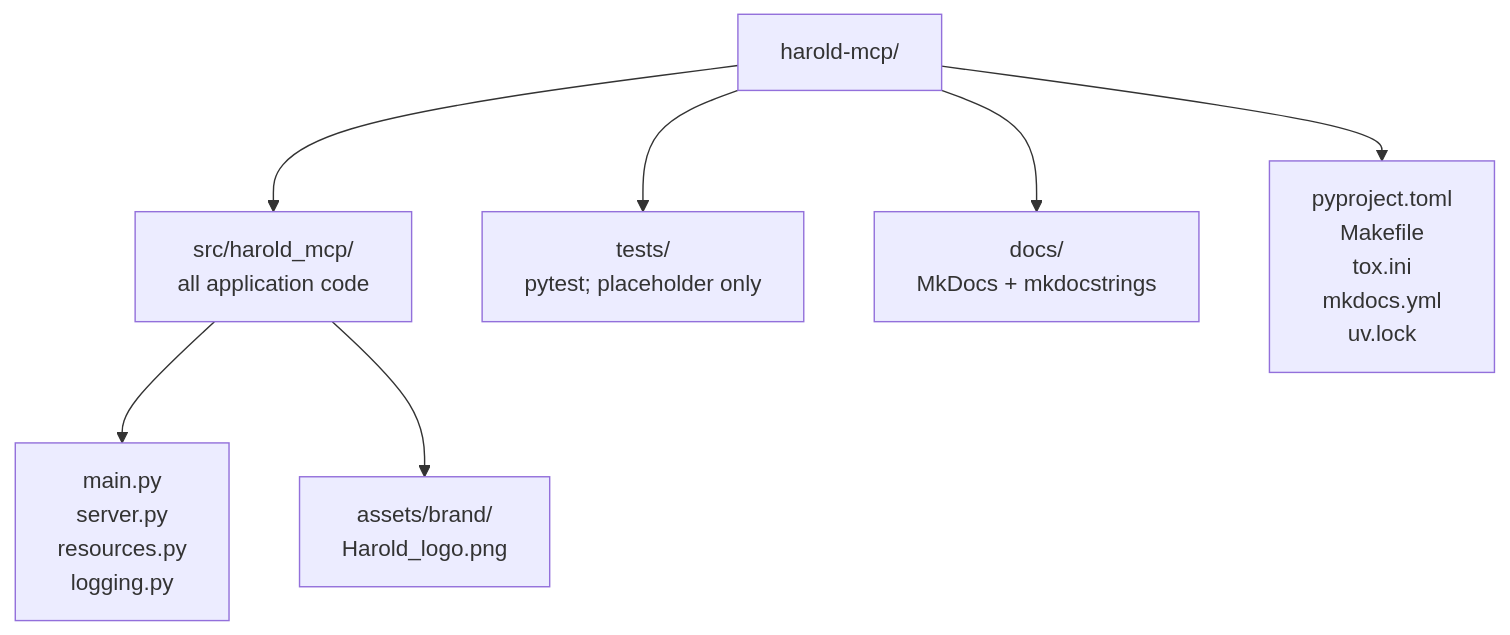
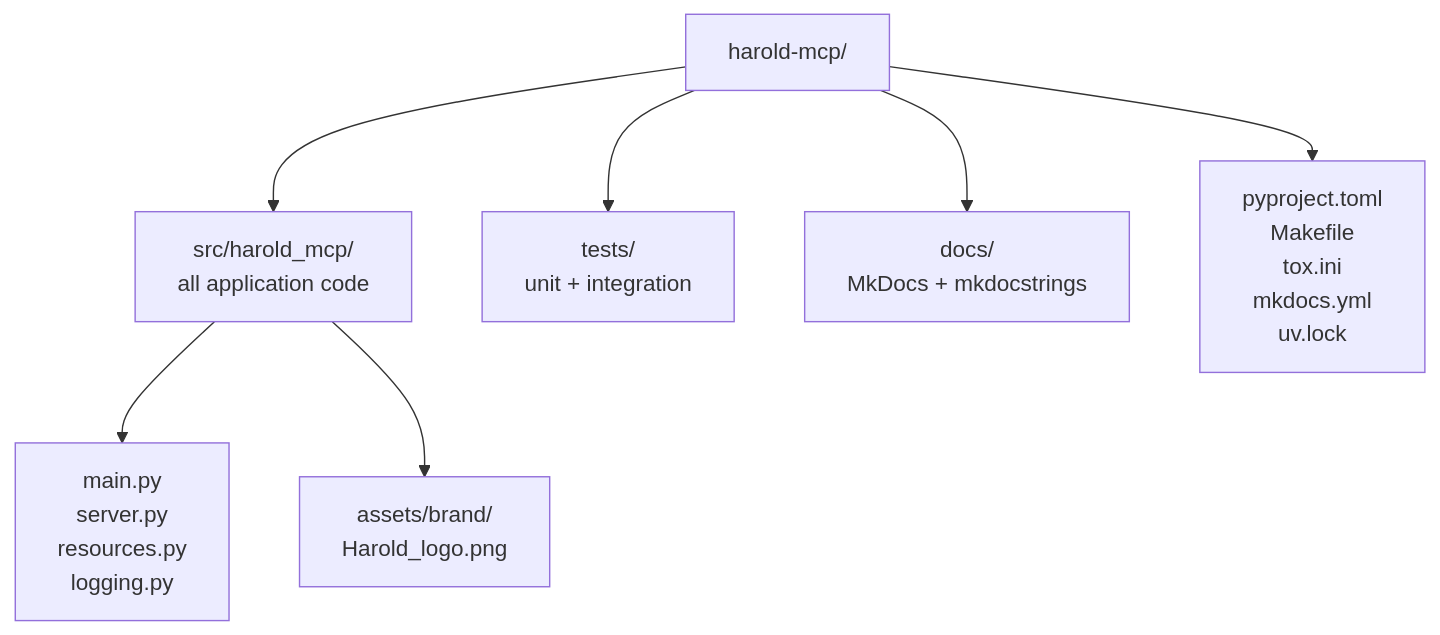
Before and after one commit to demiourgoi/Harold: the diagram in harold-mcp/AGENTS.md, drawn with Mermaid. The commit also changed other lines of this file and 3 other files, not shown here.

````diff
--- a/harold-mcp/AGENTS.md
+++ b/harold-mcp/AGENTS.md
@@ -38,9 +38,9 @@
 ```mermaid
 graph TB
     R[harold-mcp/] --> S[src/harold_mcp/<br>all application code]
-    R --> T[tests/<br>pytest; placeholder only]
+    R --> T[tests/<br>unit + integration]
     R --> D[docs/<br>MkDocs + mkdocstrings]
     S --> M[main.py<br>server.py<br>resources.py<br>logging.py]
     S --> A[assets/brand/<br>Harold_logo.png]
     R --> C[pyproject.toml<br>Makefile<br>tox.ini<br>mkdocs.yml<br>uv.lock]
 ```
````
